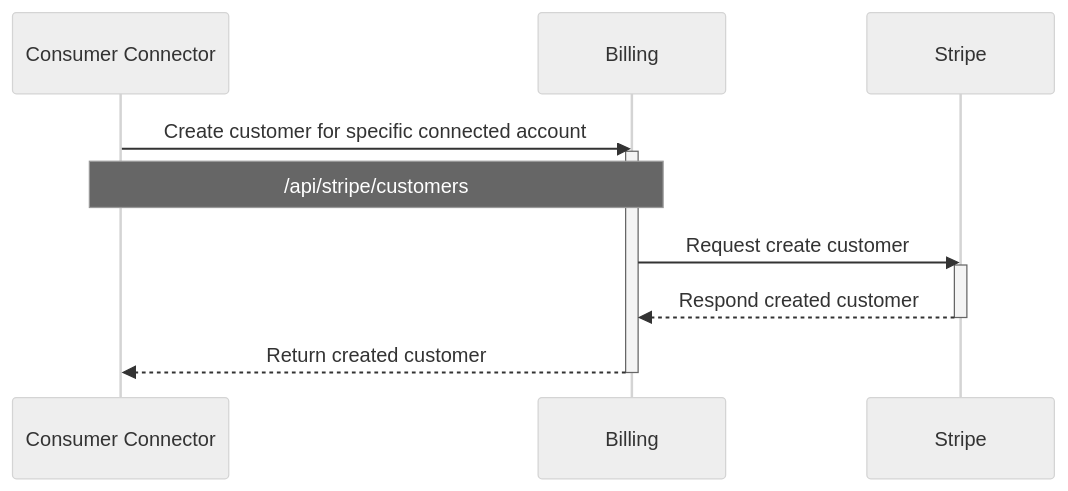
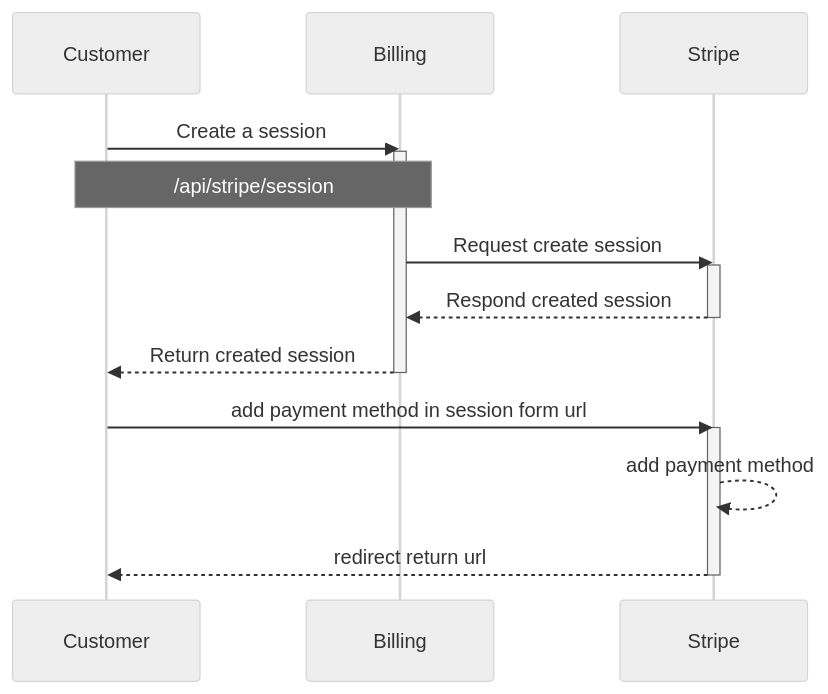
The fourth of 6 diagrams in docs/functional-flow.md (Prometheus-X-association/billing), drawn with Mermaid (neutral theme) before and after one commit. The commit also changed other lines of this file and 3 other files, not shown here.

````diff
--- a/docs/functional-flow.md
+++ b/docs/functional-flow.md
@@ -128,16 +144,22 @@
 ```mermaid
 sequenceDiagram
-    participant Consumer Connector
+    participant Customer
     participant Billing
     participant Stripe
 
-    Consumer Connector->>Billing: Create customer for specific connected account
+    Customer->>Billing: Create a session
     activate Billing
-    Note over Consumer Connector, Billing: /api/stripe/customers
-    Billing->>Stripe: Request create customer
+    Note over Customer, Billing: /api/stripe/session
+    Billing->>Stripe: Request create session
     activate Stripe
-    Stripe-->>Billing: Respond created customer
+    Stripe-->>Billing: Respond created session
     deactivate Stripe
-    Billing-->>Consumer Connector: Return created customer
+    Billing-->>Customer: Return created session
     deactivate Billing
+
+    Customer->>Stripe: add payment method in session form url
+    activate Stripe
+    Stripe-->>Stripe: add payment method
+    Stripe-->>Customer: redirect return url
+    deactivate Stripe
 ```
````
